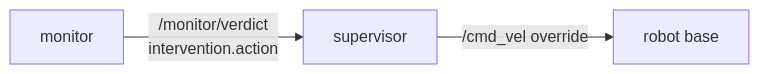
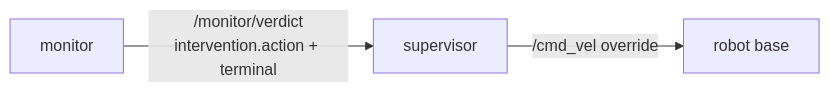
One commit to pinhas019/LtlMonitor changed the diagram in docs/packages/P5-supervisor.md. Above: the diagram before and after it, drawn with Mermaid. The commit also changed other lines of this file, not shown here.

````diff
--- a/docs/packages/P5-supervisor.md
+++ b/docs/packages/P5-supervisor.md
@@ -11,8 +14,8 @@
 ```mermaid
 flowchart LR
   MON["monitor"]
   SUP["supervisor"]
   ROBOT["robot base"]
-  MON -- "/monitor/verdict<br/>intervention.action" --> SUP
+  MON -- "/monitor/verdict<br/>intervention.action + terminal" --> SUP
   SUP -- "/cmd_vel override" --> ROBOT
 ```
````
